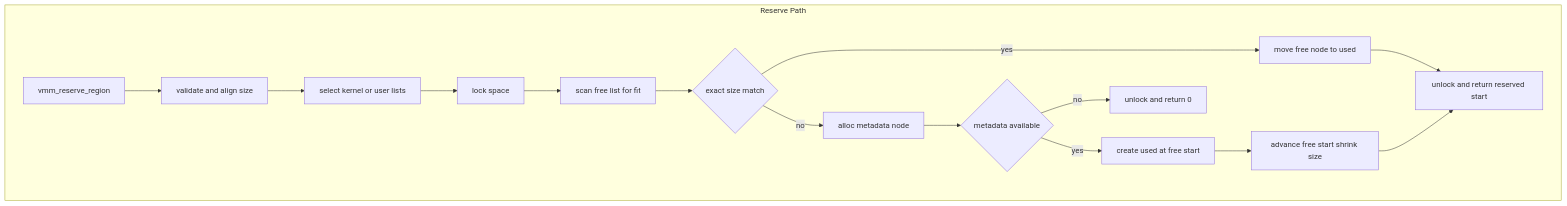
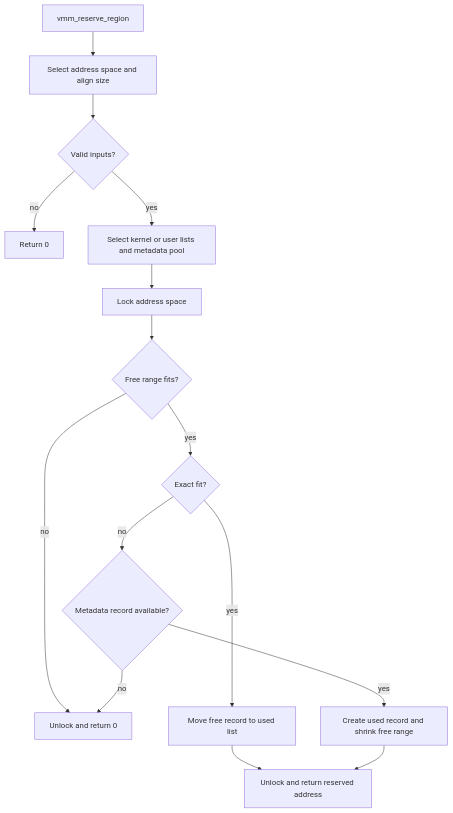
The fifth of 11 diagrams in docs/DIAGRAMS.md (marwan475/Arx), drawn with Mermaid before and after one commit. The commit also changed other lines of this file and 12 other files, not shown here.

Commit message:
update platform diagrams

````diff
--- a/docs/DIAGRAMS.md
+++ b/docs/DIAGRAMS.md
@@ -72,20 +97,19 @@
 ```mermaid
-flowchart TD
-
-    subgraph Reserve Path
-        R0[vmm_reserve_region] --> R1[validate and align size]
-        R1 --> R2[select kernel or user lists]
-        R2 --> R3[lock space]
-        R3 --> R4[scan free list for fit]
-        R4 --> R5{exact size match}
-        R5 -- yes --> R6[move free node to used]
-        R5 -- no --> R7[alloc metadata node]
-        R7 --> R8{metadata available}
-        R8 -- no --> R9[unlock and return 0]
-        R8 -- yes --> R10[create used at free start]
-        R10 --> R11[advance free start shrink size]
-        R6 --> R12[unlock and return reserved start]
-        R11 --> R12
-    end
-
+flowchart TB
+    accTitle: Virtual address reservation
+    accDescr: Claim an aligned free address range without allocating or mapping physical pages.
+    A[vmm_reserve_region] --> B[Select address space and align size]
+    B --> C{Valid inputs?}
+    C -- no --> X[Return 0]
+    C -- yes --> D[Select kernel or user lists and metadata pool]
+    D --> E[Lock address space]
+    E --> F{Free range fits?}
+    F -- no --> U[Unlock and return 0]
+    F -- yes --> G{Exact fit?}
+    G -- yes --> H[Move free record to used list]
+    G -- no --> I{Metadata record available?}
+    I -- no --> U
+    I -- yes --> J[Create used record and shrink free range]
+    H --> K[Unlock and return reserved address]
+    J --> K
 ```
````
